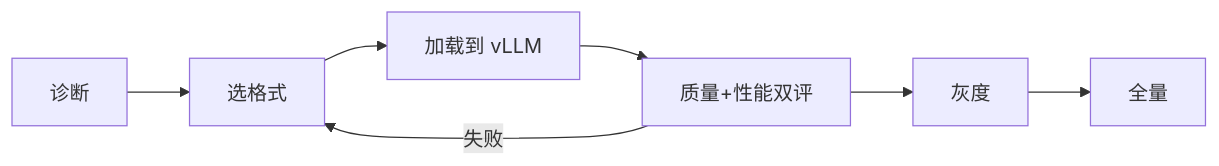
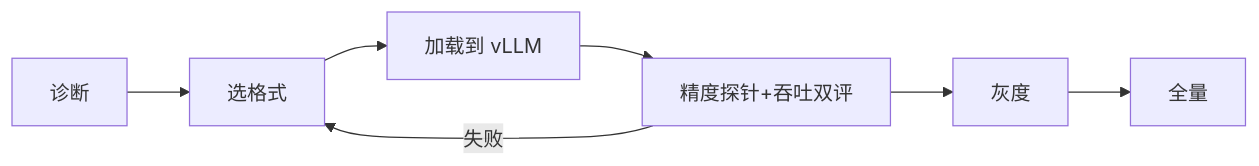
One commit to tqm6666/AIInfraGuide changed the second of 2 diagrams in docs/guides/模块四-推理优化/第4章-量化/4.6-量化选型与vLLM实战.md. Above: the diagram before and after it, drawn with Mermaid. The commit also changed other lines of this file and 6 other files, not shown here.

````diff
--- a/docs/guides/模块四-推理优化/第4章-量化/4.6-量化选型与vLLM实战.md
+++ b/docs/guides/模块四-推理优化/第4章-量化/4.6-量化选型与vLLM实战.md
@@ -194,5 +226,5 @@
 ```mermaid
 flowchart LR
-    A["诊断"] --> B["选格式"] --> C["加载到 vLLM"] --> D["质量+性能双评"] --> E["灰度"] --> F["全量"]
+    A["诊断"] --> B["选格式"] --> C["加载到 vLLM"] --> D["精度探针+吞吐双评"] --> E["灰度"] --> F["全量"]
     D -->|失败| B
 ```
````
